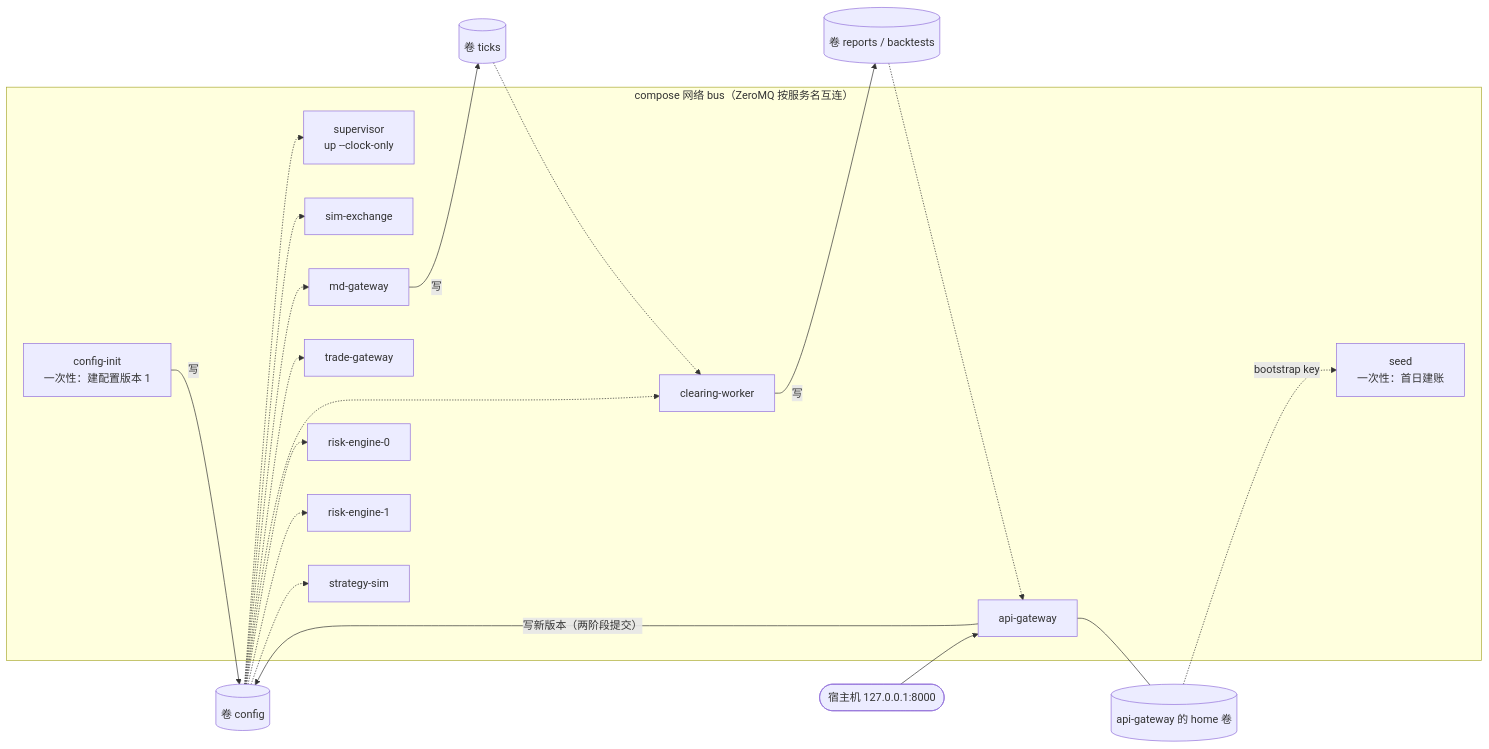
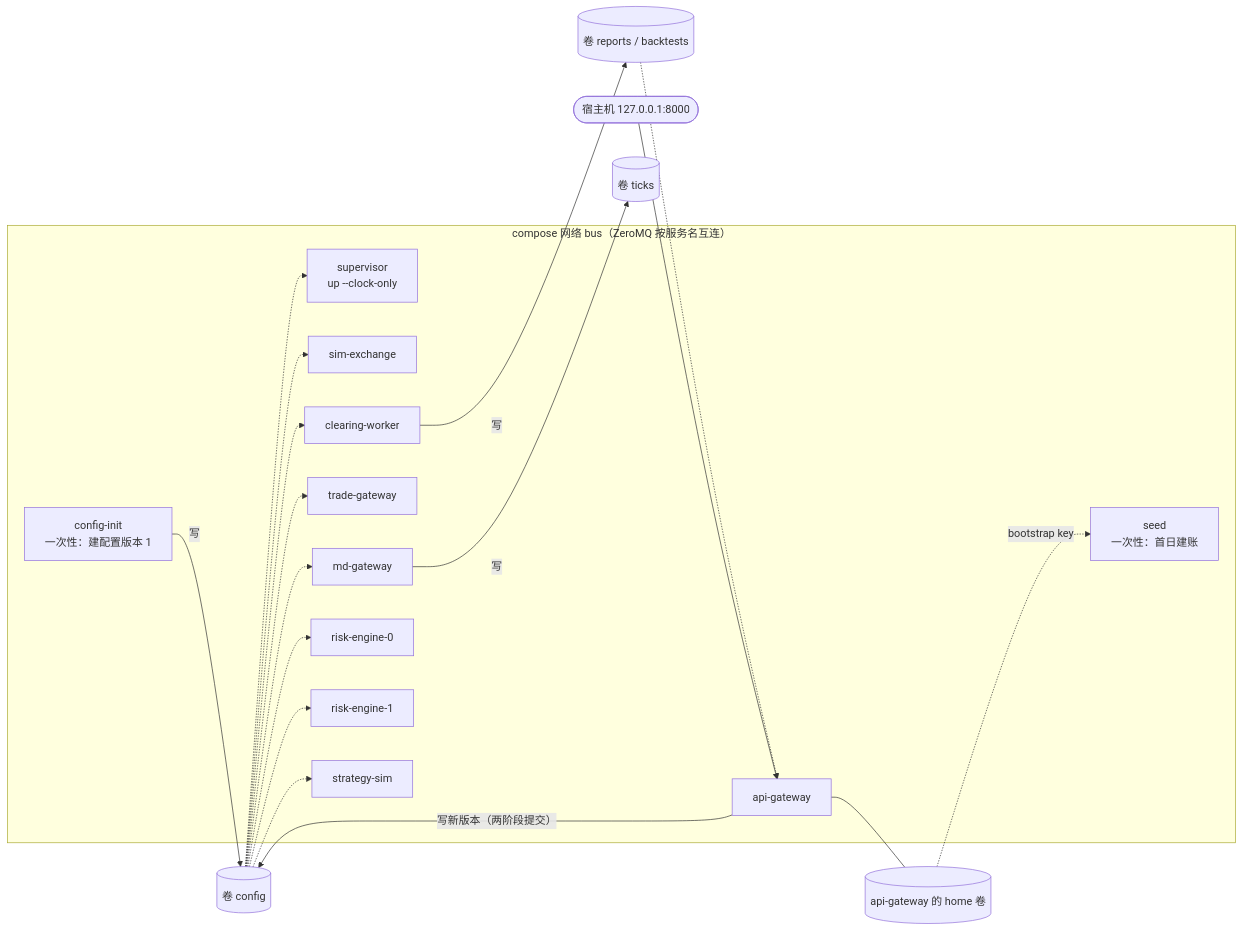
One commit to tom-xue-dev/futrisk changed diagram 13 of 17 in docs/01-architecture.md. Above: the diagram before and after it, drawn with Mermaid. The commit also changed other lines of this file and 24 other files, not shown here.

````diff
--- a/docs/01-architecture.md
+++ b/docs/01-architecture.md
@@ -765,31 +765,30 @@
 ```mermaid
 flowchart LR
     subgraph NET["compose 网络 bus（ZeroMQ 按服务名互连）"]
         INIT["config-init<br/>一次性：建配置版本 1"]
         SUP["supervisor<br/>up --clock-only"]
         SIM["sim-exchange"]
         MD["md-gateway"]
         TG["trade-gateway"]
         CW["clearing-worker"]
         RE0["risk-engine-0"]
         RE1["risk-engine-1"]
         API["api-gateway"]
         BOT["strategy-sim"]
         SEED["seed<br/>一次性：首日建账"]
     end
     CFG[("卷 config")]
     RPT[("卷 reports / backtests")]
     TK[("卷 ticks")]
     APIV[("api-gateway 的 home 卷")]
     HOST(["宿主机 127.0.0.1:8000"])
     INIT -->|"写"| CFG
     API -->|"写新版本（两阶段提交）"| CFG
     CFG -.-> SUP & SIM & MD & TG & CW & RE0 & RE1 & BOT
     CW -->|"写"| RPT
     RPT -.-> API
     MD -->|"写"| TK
-    TK -.-> CW
     API --- APIV
     APIV -.->|"bootstrap key"| SEED
     HOST --> API
 ```
````
